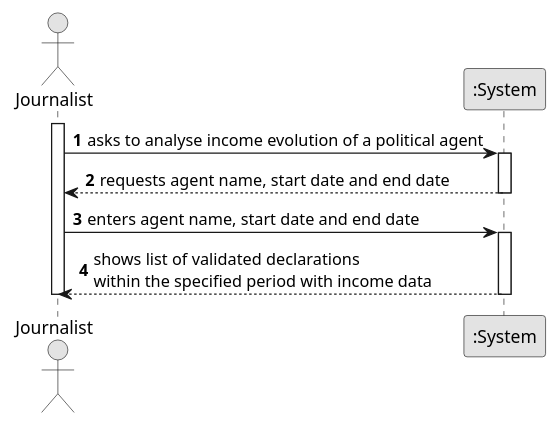
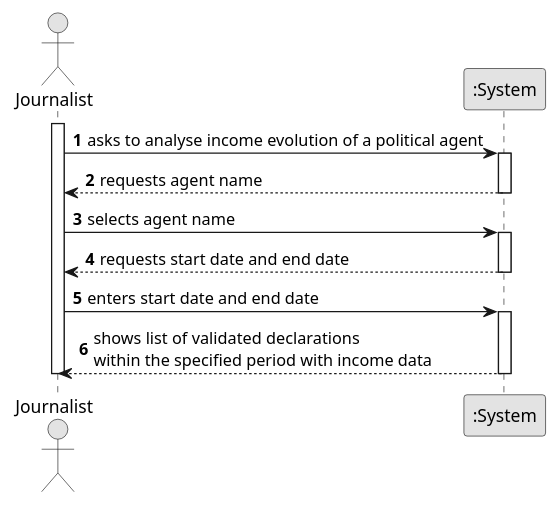
One commit to brunodspinto/crystal-clear-platform changed the diagram in docs/system-documentation/US10/01.requirements-engineering/puml/US10-SSD.puml. Above: the diagram before and after it, drawn with PlantUML. The commit also changed 1 other file, not shown here.

```diff
--- a/docs/system-documentation/US10/01.requirements-engineering/puml/US10-SSD.puml
+++ b/docs/system-documentation/US10/01.requirements-engineering/puml/US10-SSD.puml
@@ -1,27 +1,33 @@
 @startuml
 skinparam monochrome true
 skinparam packageStyle rectangle
 skinparam shadowing false
 
 autonumber
 
 actor "Journalist" as Journalist
 participant ":System" as System
 
 activate Journalist
 
     Journalist -> System : asks to analyse income evolution of a political agent
     activate System
 
-        System --> Journalist : requests agent name, start date and end date
+        System --> Journalist : requests agent name
     deactivate System
 
-    Journalist -> System : enters agent name, start date and end date
+    Journalist -> System : selects agent name
+    activate System
+
+        System --> Journalist : requests start date and end date
+    deactivate System
+
+    Journalist -> System : enters start date and end date
     activate System
 
         System --> Journalist : shows list of validated declarations\nwithin the specified period with income data
 
     deactivate System
 
 deactivate Journalist
 @enduml
```
